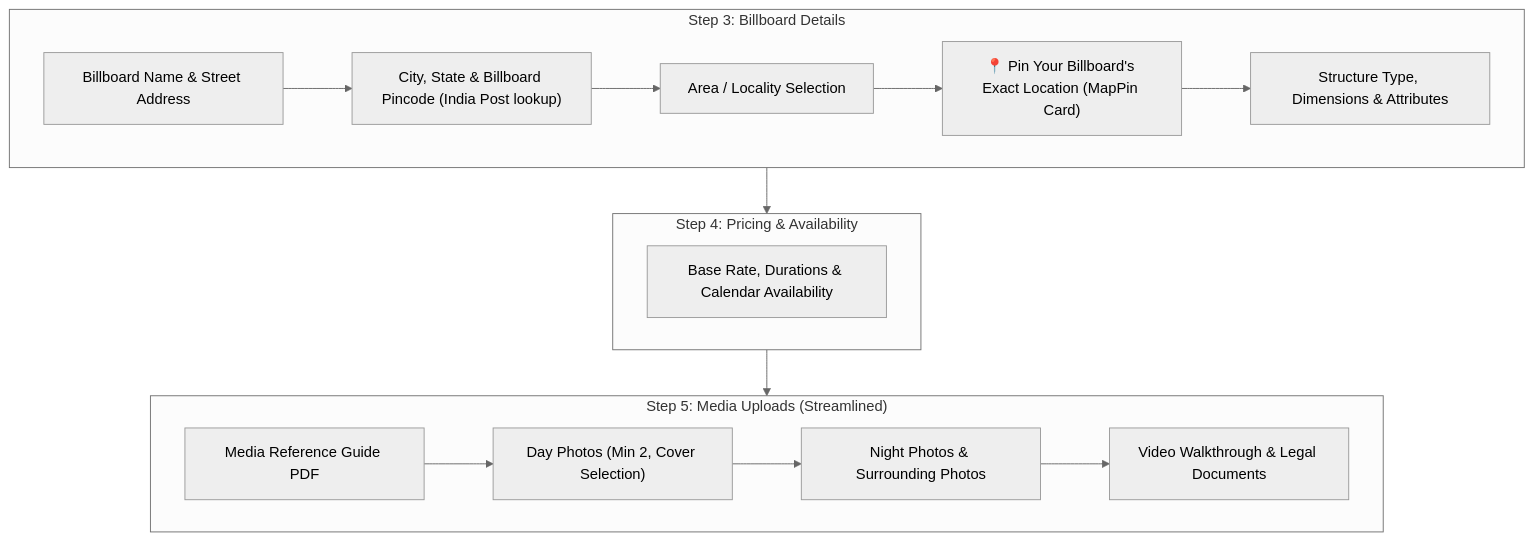
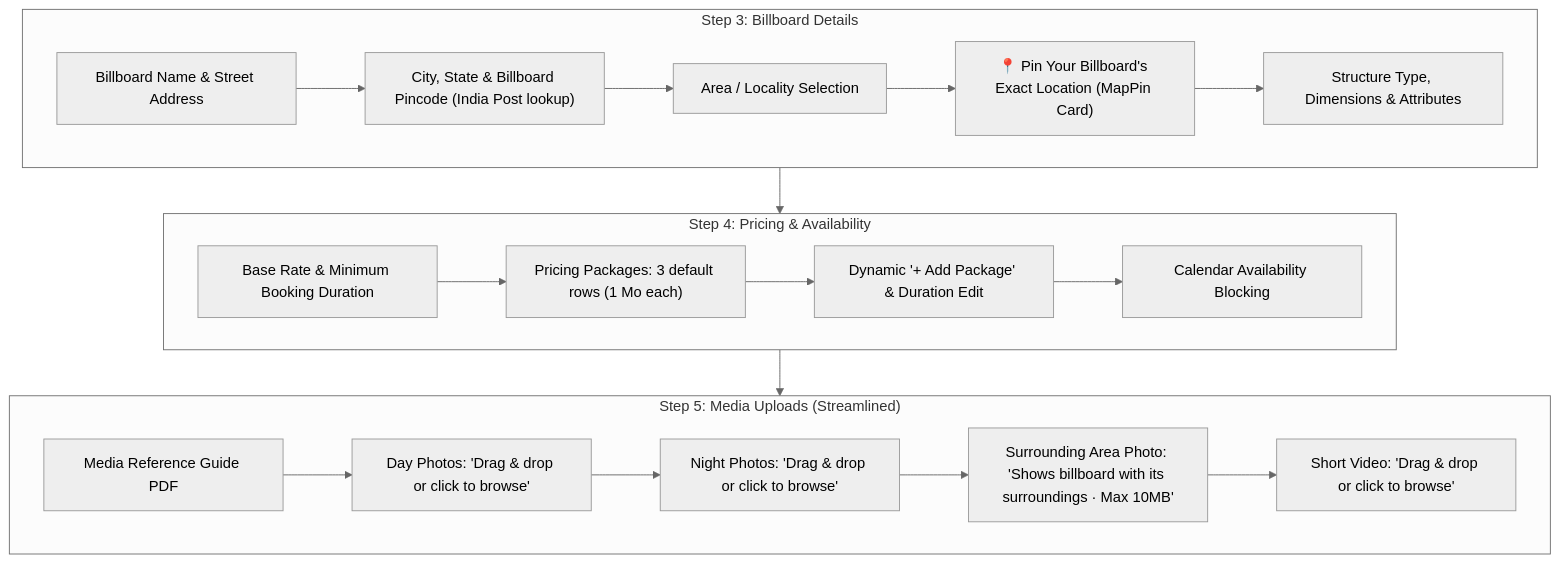
Before and after one commit to Advertisement-Market/advertisement: the diagram in docs/prs/PR-60-owner-registration-and-listing-ui-fixes.md, drawn with Mermaid (neutral theme). The commit also changed other lines of this file, not shown here.

````diff
--- a/docs/prs/PR-60-owner-registration-and-listing-ui-fixes.md
+++ b/docs/prs/PR-60-owner-registration-and-listing-ui-fixes.md
@@ -31,21 +65,24 @@
 ```mermaid
 flowchart TD
     subgraph Step3["Step 3: Billboard Details"]
         A["Billboard Name & Street Address"] --> B["City, State & Billboard Pincode (India Post lookup)"]
         B --> C["Area / Locality Selection"]
         C --> D["📍 Pin Your Billboard's Exact Location (MapPin Card)"]
         D --> E["Structure Type, Dimensions & Attributes"]
     end
 
     subgraph Step4["Step 4: Pricing & Availability"]
-        F["Base Rate, Durations & Calendar Availability"]
+        F["Base Rate & Minimum Booking Duration"] --> G["Pricing Packages: 3 default rows (1 Mo each)"]
+        G --> H["Dynamic '+ Add Package' & Duration Edit"]
+        H --> I["Calendar Availability Blocking"]
     end
 
     subgraph Step5["Step 5: Media Uploads (Streamlined)"]
-        G["Media Reference Guide PDF"] --> H["Day Photos (Min 2, Cover Selection)"]
-        H --> I["Night Photos & Surrounding Photos"]
-        I --> J["Video Walkthrough & Legal Documents"]
+        J["Media Reference Guide PDF"] --> K["Day Photos: 'Drag & drop or click to browse'"]
+        K --> L["Night Photos: 'Drag & drop or click to browse'"]
+        L --> M["Surrounding Area Photo: 'Shows billboard with its surroundings · Max 10MB'"]
+        M --> N["Short Video: 'Drag & drop or click to browse'"]
     end
 
     Step3 --> Step4 --> Step5
 ```
````
